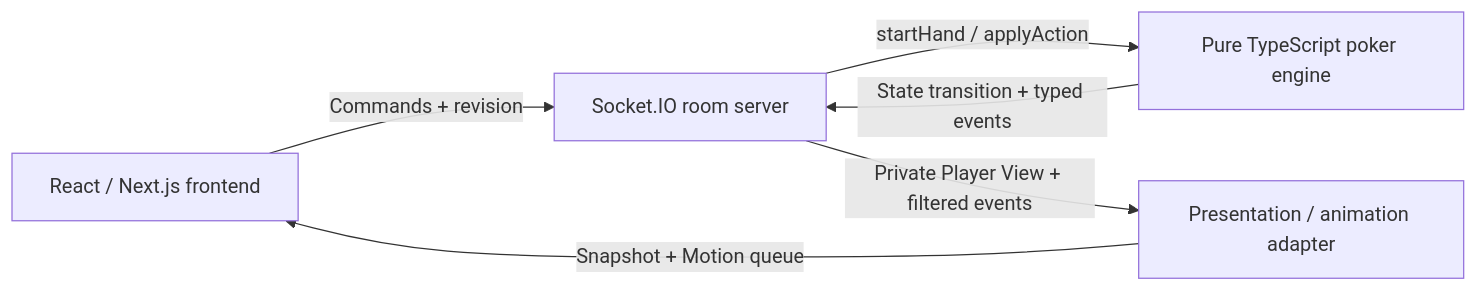
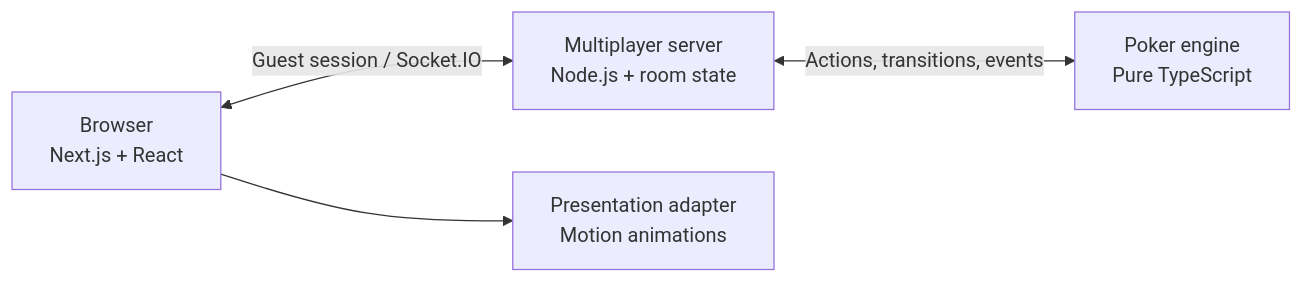
The diagram in README.md (AlexMeng0831/PokerEZ), drawn with Mermaid before and after one commit. The commit also changed other lines of this file, not shown here.

Commit message:
docs: update project overview and roadmap

````diff
--- a/README.md
+++ b/README.md
@@ -36,8 +36,6 @@
 ```mermaid
 flowchart LR
-  UI[React / Next.js frontend] -->|Commands + revision| Server[Socket.IO room server]
-  Server -->|startHand / applyAction| Engine[Pure TypeScript poker engine]
-  Engine -->|State transition + typed events| Server
-  Server -->|Private Player View + filtered events| Adapter[Presentation / animation adapter]
-  Adapter -->|Snapshot + Motion queue| UI
+    UI["Browser<br/>Next.js + React"] <-->|"Guest session / Socket.IO"| Server["Multiplayer server<br/>Node.js + room state"]
+    Server <-->|"Actions, transitions, events"| Engine["Poker engine<br/>Pure TypeScript"]
+    UI --> View["Presentation adapter<br/>Motion animations"]
 ```
````
